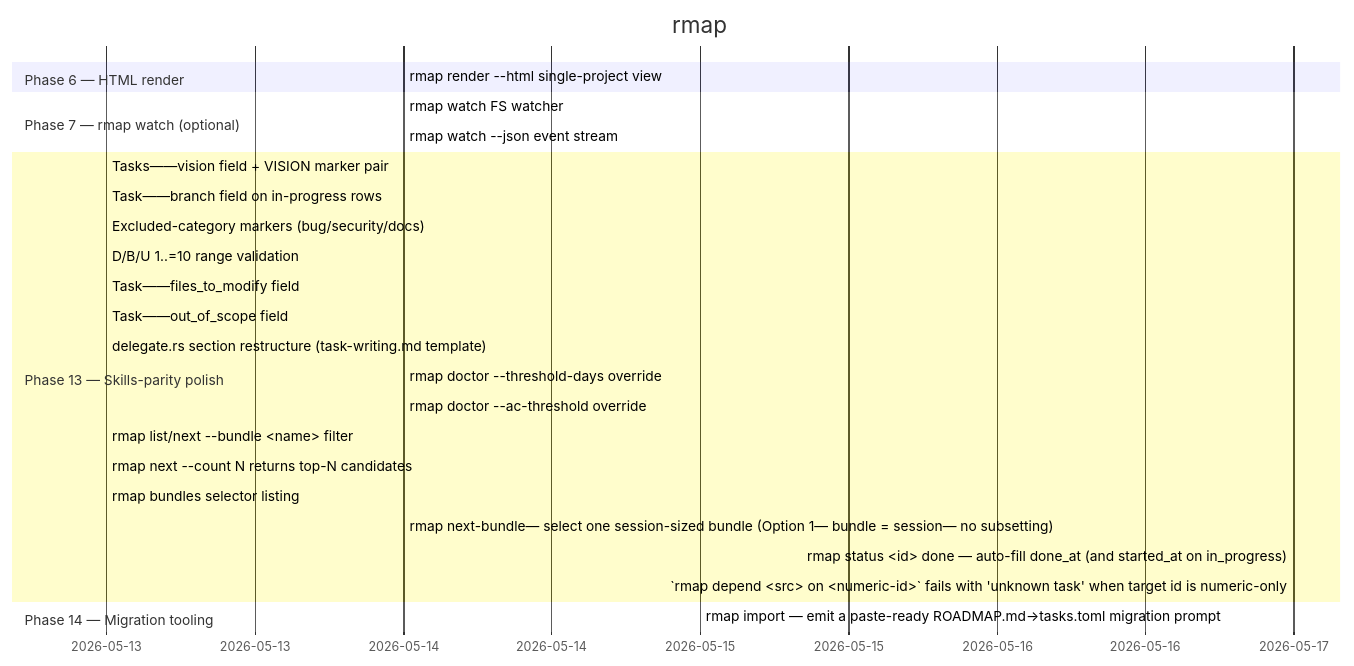
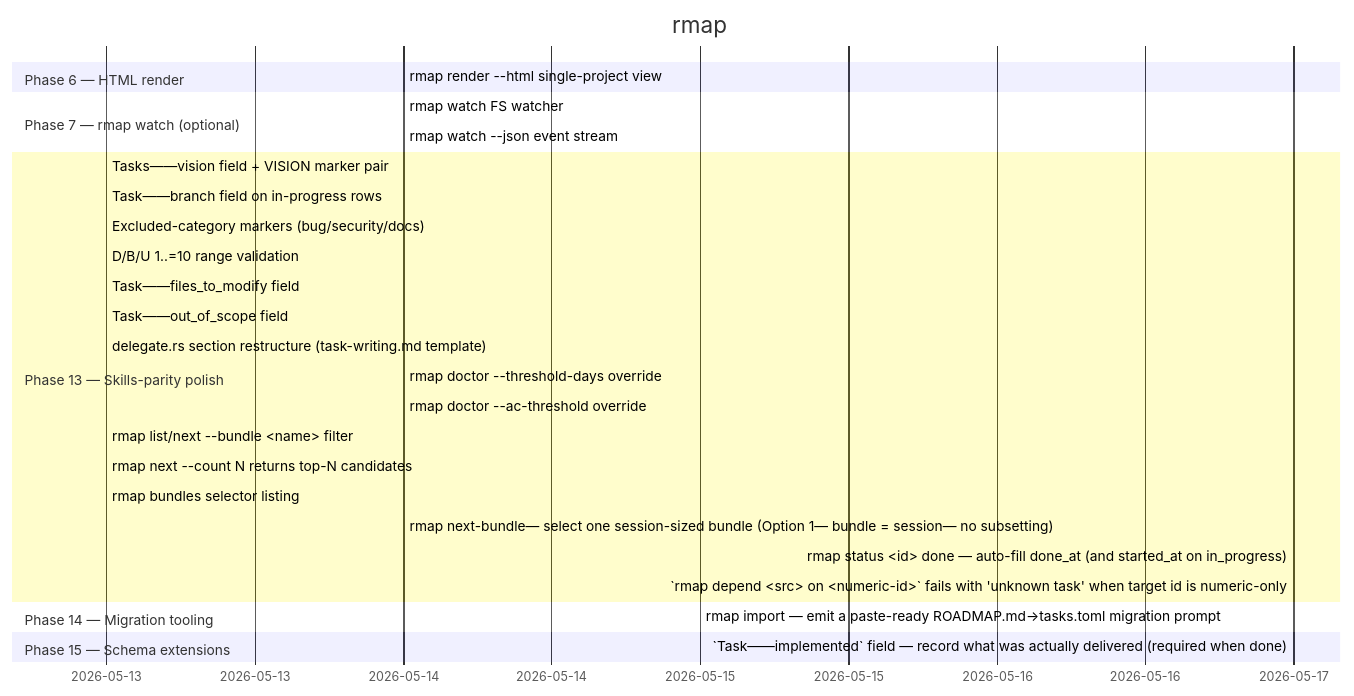
Before and after one commit to ZenHive/rmap: the diagram in ROADMAP.md, drawn with Mermaid. The commit also changed 46 other files, not shown here.

Commit message:
phase 15 task 22: Task::implemented field — record what was delivered (schema_version 2)

````diff
--- a/ROADMAP.md
+++ b/ROADMAP.md
@@ -14,28 +14,30 @@
 ```mermaid
 gantt
     title rmap
     dateFormat YYYY-MM-DD
     section Phase 6 — HTML render
     rmap render --html single-project view :done, 2026-05-14, 2026-05-14
     section Phase 7 — rmap watch (optional)
     rmap watch FS watcher :done, 2026-05-14, 2026-05-14
     rmap watch --json event stream :done, 2026-05-14, 2026-05-14
     section Phase 13 — Skills-parity polish
     Tasks——vision field + VISION marker pair :done, 2026-05-13, 2026-05-13
     Task——branch field on in-progress rows :done, 2026-05-13, 2026-05-13
     Excluded-category markers (bug/security/docs) :done, 2026-05-13, 2026-05-13
     D/B/U 1..=10 range validation :done, 2026-05-13, 2026-05-13
     Task——files_to_modify field :done, 2026-05-13, 2026-05-13
     Task——out_of_scope field :done, 2026-05-13, 2026-05-13
     delegate.rs section restructure (task-writing.md template) :done, 2026-05-13, 2026-05-13
     rmap doctor --threshold-days override :done, 2026-05-14, 2026-05-14
     rmap doctor --ac-threshold override :done, 2026-05-14, 2026-05-14
     rmap list/next --bundle <name> filter :done, 2026-05-13, 2026-05-13
     rmap next --count N returns top-N candidates :done, 2026-05-13, 2026-05-13
     rmap bundles selector listing :done, 2026-05-13, 2026-05-13
     rmap next-bundle— select one session-sized bundle (Option 1— bundle = session— no subsetting) :done, 2026-05-14, 2026-05-14
     rmap status <id> done — auto-fill done_at (and started_at on in_progress) :done, 2026-05-17, 2026-05-17
     `rmap depend <src> on <numeric-id>` fails with 'unknown task' when target id is numeric-only :done, 2026-05-17, 2026-05-17
     section Phase 14 — Migration tooling
     rmap import — emit a paste-ready ROADMAP.md→tasks.toml migration prompt :done, 2026-05-15, 2026-05-15
+    section Phase 15 — Schema extensions
+    `Task——implemented` field — record what was actually delivered (required when done) :done, 2026-05-17, 2026-05-17
 ```
````
